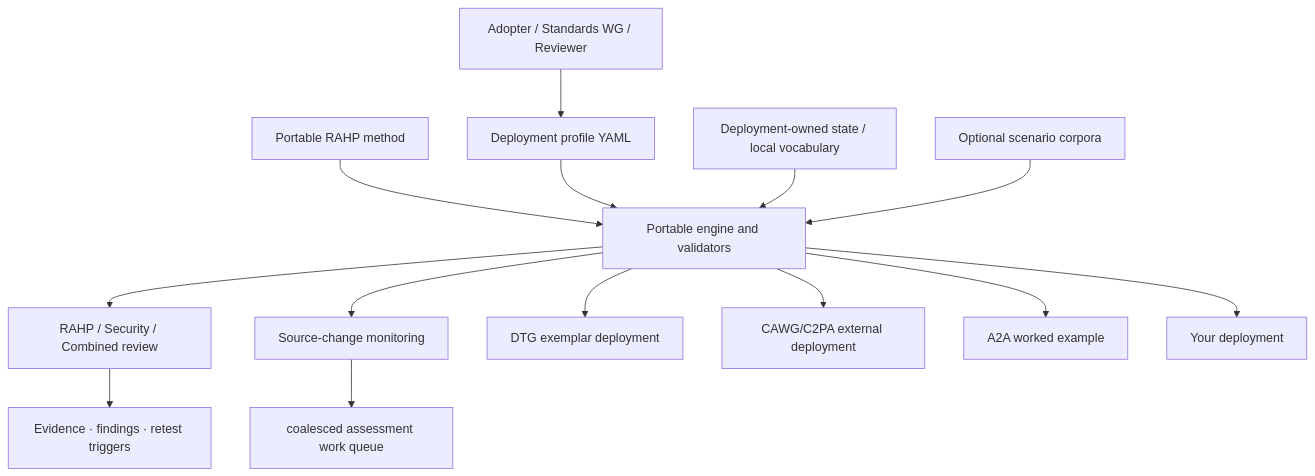
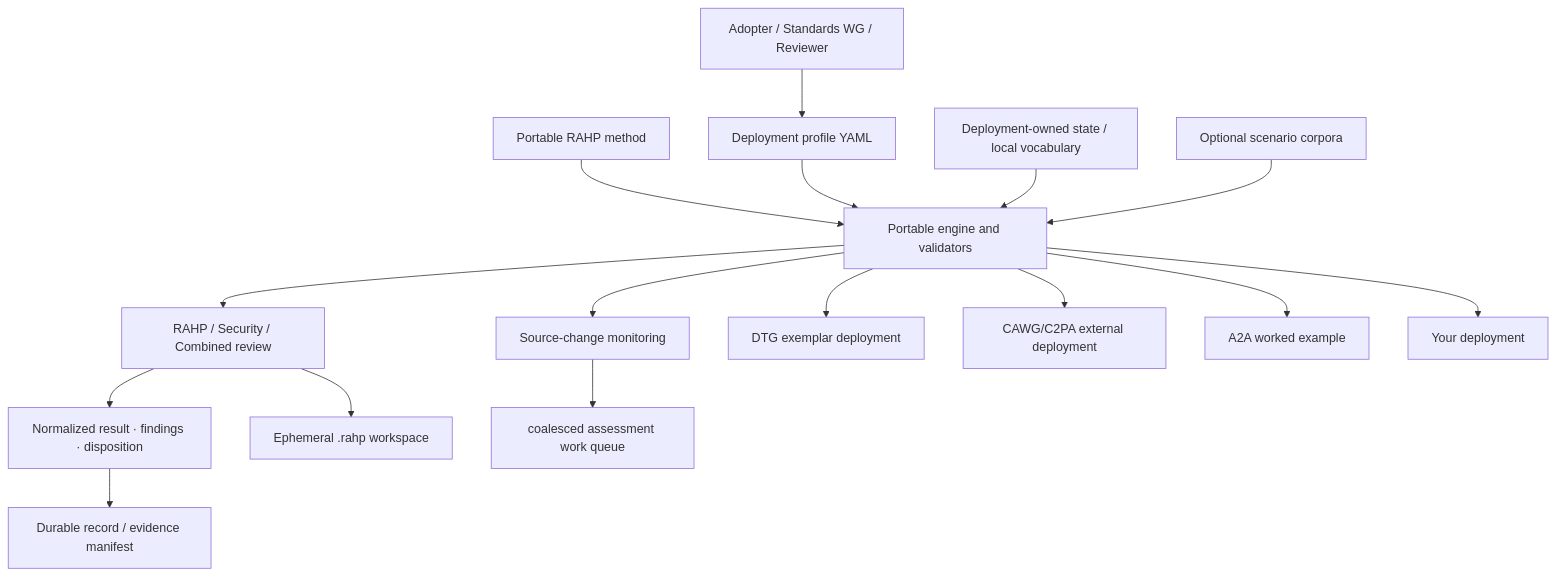
The diagram in README.md (sankarshanmukhopadhyay/dtgwg-rahp-tf), drawn with Mermaid before and after one commit. The commit also changed other lines of this file and 127 other files, not shown here.

````diff
--- a/README.md
+++ b/README.md
@@ -29,17 +31,19 @@
 ```mermaid
 flowchart TB
   A[Adopter / Standards WG / Reviewer] --> P[Deployment profile YAML]
   M[Portable RAHP method] --> E[Portable engine and validators]
   P --> E
   I[Deployment-owned state / local vocabulary] --> E
   C[Optional scenario corpora] --> E
   E --> R[RAHP / Security / Combined review]
-  R --> O[Evidence · findings · retest triggers]
+  R --> O[Normalized result · findings · disposition]
+  O --> X[Durable record / evidence manifest]
+  R --> T[Ephemeral .rahp workspace]
   E --> W[Source-change monitoring]
   W --> Q[coalesced assessment work queue]
 
   E --> D1[DTG exemplar deployment]
   E --> D2[CAWG/C2PA external deployment]
   E --> D3[A2A worked example]
   E --> D4[Your deployment]
 ```
````
